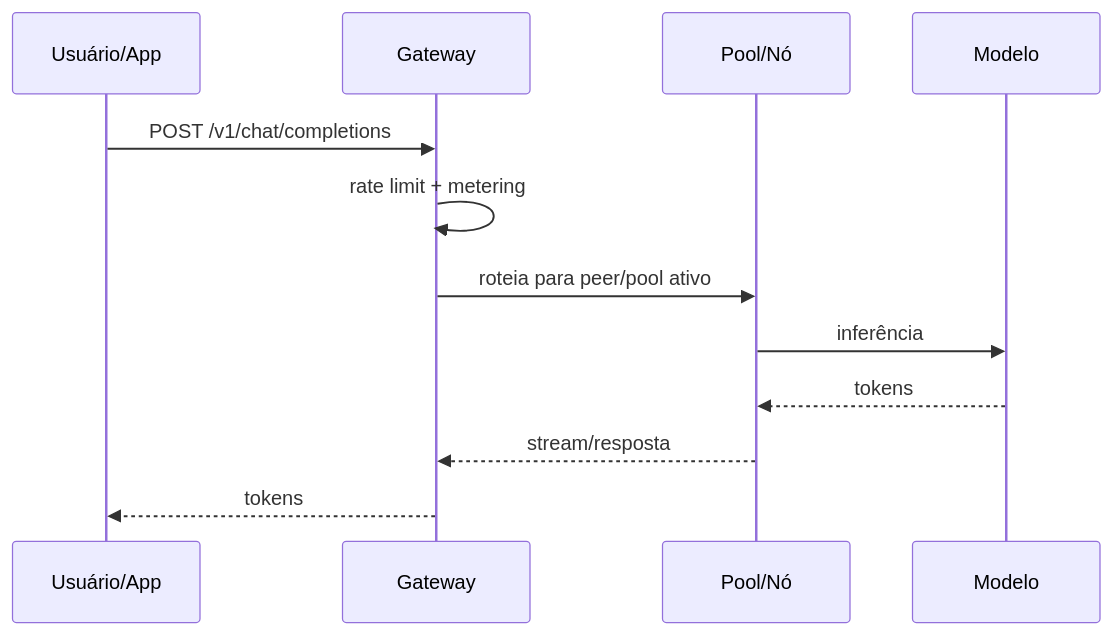
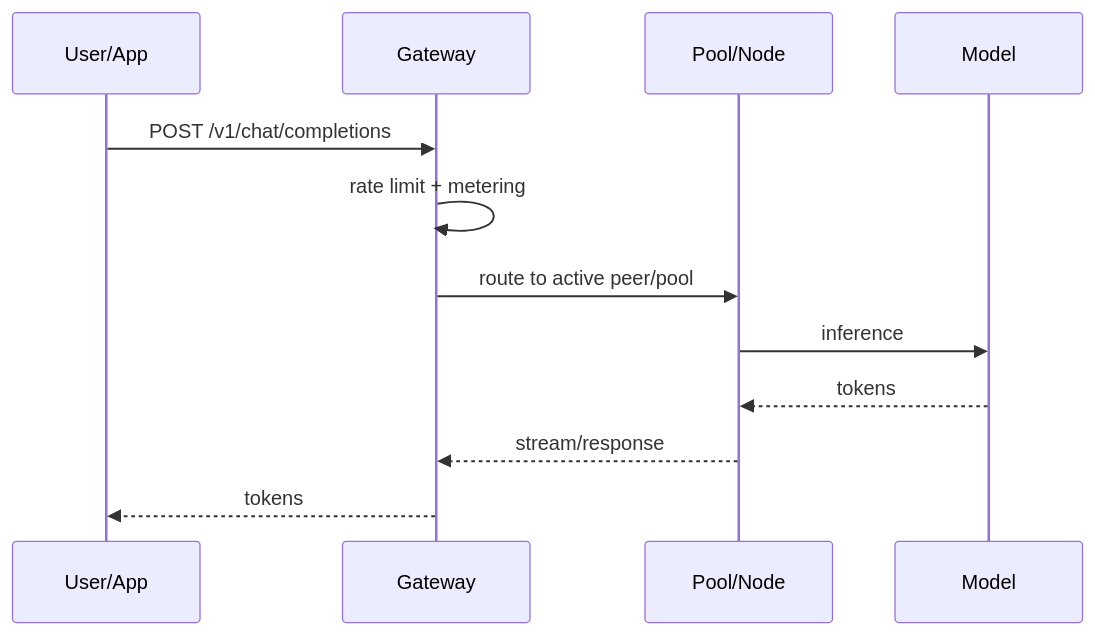
Before and after one commit to maxwellmelo/prometeu: the first of 2 diagrams in README.md, drawn with Mermaid. The commit also changed other lines of this file, not shown here.

````diff
--- a/README.md
+++ b/README.md
@@ -87,15 +86,15 @@
 ```mermaid
 sequenceDiagram
-    participant U as Usuário/App
+    participant U as User/App
     participant G as Gateway
-    participant P as Pool/Nó
-    participant M as Modelo
+    participant P as Pool/Node
+    participant M as Model
 
     U->>G: POST /v1/chat/completions
     G->>G: rate limit + metering
-    G->>P: roteia para peer/pool ativo
-    P->>M: inferência
+    G->>P: route to active peer/pool
+    P->>M: inference
     M-->>P: tokens
-    P-->>G: stream/resposta
+    P-->>G: stream/response
     G-->>U: tokens
 ```
````
